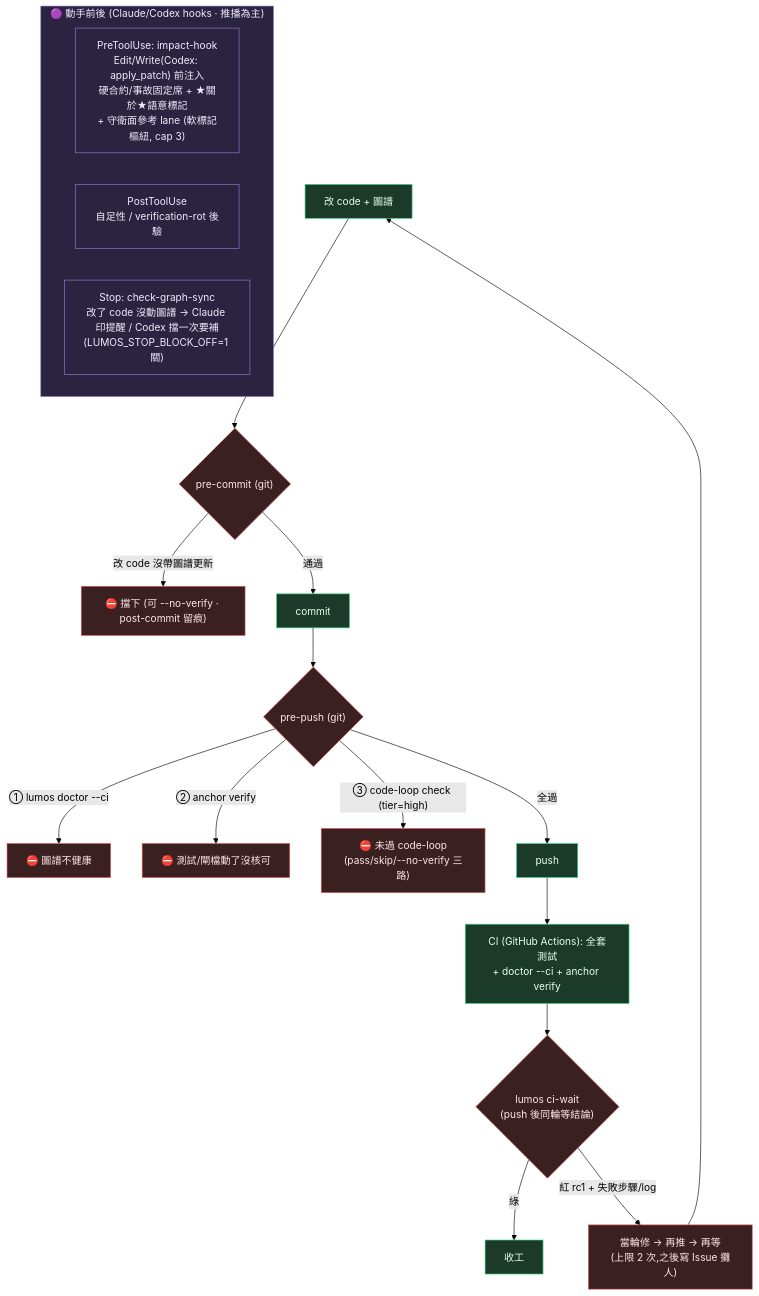
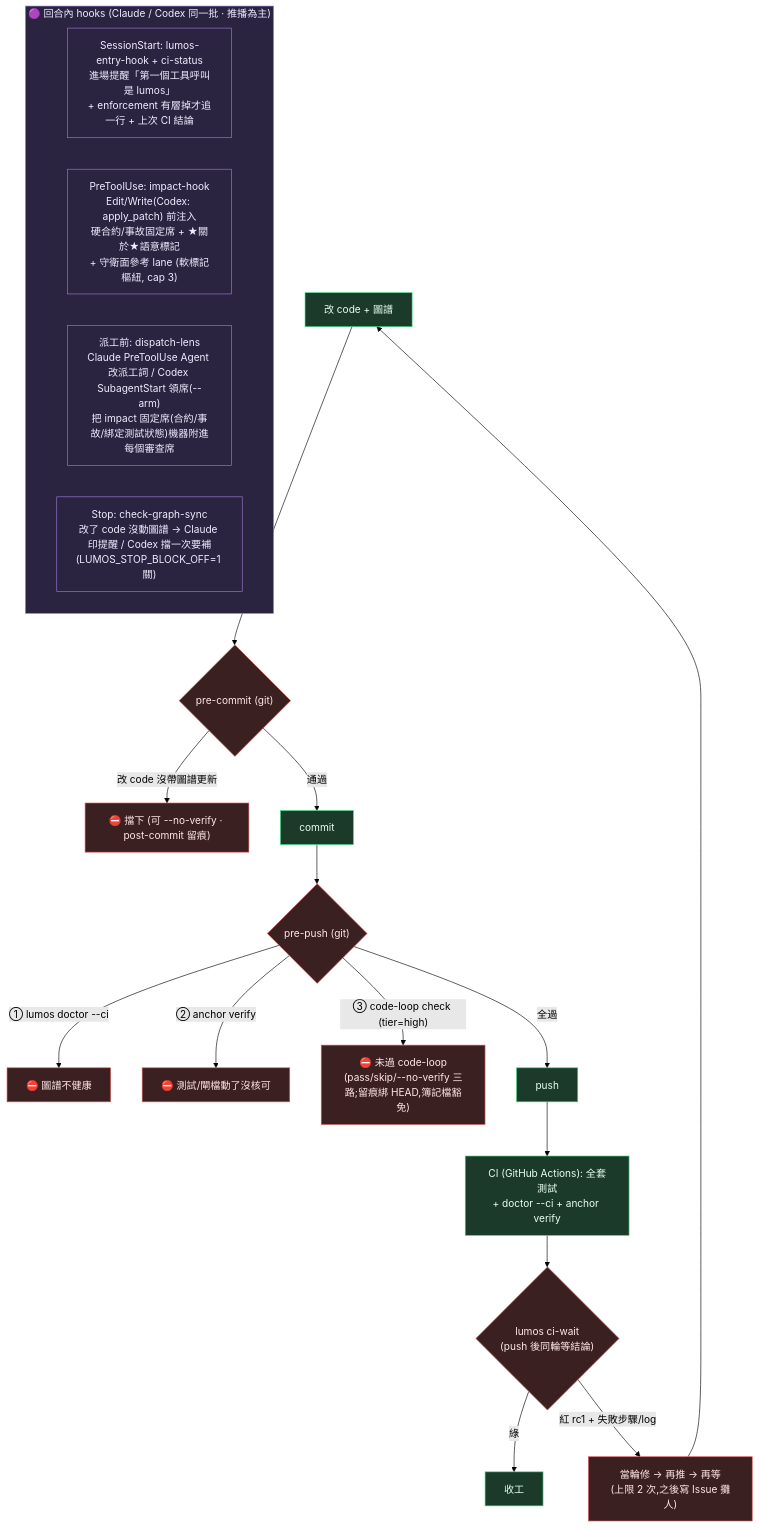
One commit to EnzoHsieh-Android/Lumos changed the fourth of 5 diagrams in ARCHITECTURE.md. Above: the diagram before and after it, drawn with Mermaid (forest theme). The commit also changed other lines of this file and 4 other files, not shown here.

First line of the commit message:
docs(架構圖): 四張圖跟上 08-26~09-05 的迴圈基建與兩家 harness——ARCHITECTURE 新 §5 良性循環圖(節點→鏡頭→席位→收貨→折入→處置帳→處置閘→凍結→寫回)、§1-4 補 governance/探針/AGENTS/lumos_reviewer/SessionStart/dispatch-lens、腐化偵測標撤除、命令家族補 11 個;全景圖 ③ 改現行做法(不再金絲雀/連兩輪)+22 道+Codex;開發工作流總覽 FLOW/KEY/圖/表;圖譜即合約 表補 8 列、L3 標撤除;對外論述補記

````diff
--- a/ARCHITECTURE.md
+++ b/ARCHITECTURE.md
@@ -139,31 +145,32 @@
 ```mermaid
 flowchart TB
-    subgraph BEFORE["🟣 動手前後 (Claude/Codex hooks · 推播為主)"]
+    subgraph BEFORE["🟣 回合內 hooks (Claude / Codex 同一批 · 推播為主)"]
+        ENTRY["SessionStart: lumos-entry-hook + ci-status<br/>進場提醒「第一個工具呼叫是 lumos」<br/>+ enforcement 有層掉才追一行 + 上次 CI 結論"]
         PRE["PreToolUse: impact-hook<br/>Edit/Write(Codex: apply_patch) 前注入<br/>硬合約/事故固定席 + ★關於★語意標記<br/>+ 守衛面參考 lane (軟標記樞紐, cap 3)"]
-        POSTT["PostToolUse<br/>自足性 / verification-rot 後驗"]
+        LENS["派工前: dispatch-lens<br/>Claude PreToolUse Agent 改派工詞 / Codex SubagentStart 領席(--arm)<br/>把 impact 固定席(合約/事故/綁定測試狀態)機器附進每個審查席"]
         STOPH["Stop: check-graph-sync<br/>改了 code 沒動圖譜 → Claude 印提醒 / Codex 擋一次要補<br/>(LUMOS_STOP_BLOCK_OFF=1 關)"]
     end
 
     EDIT["改 code + 圖譜"] --> PC{"pre-commit (git)"}
     PC -->|"改 code 沒帶圖譜更新"| BLOCK["⛔ 擋下 (可 --no-verify · post-commit 留痕)"]
     PC -->|通過| COMMIT["commit"]
 
     COMMIT --> PUSH{"pre-push (git)"}
     PUSH -->|"① lumos doctor --ci"| PB1["⛔ 圖譜不健康"]
     PUSH -->|"② anchor verify"| PB2["⛔ 測試/閘檔動了沒核可"]
-    PUSH -->|"③ code-loop check (tier=high)"| PB3["⛔ 未過 code-loop<br/>(pass/skip/--no-verify 三路)"]
+    PUSH -->|"③ code-loop check (tier=high)"| PB3["⛔ 未過 code-loop<br/>(pass/skip/--no-verify 三路;留痕綁 HEAD,簿記檔豁免)"]
     PUSH -->|全過| PASS["push"]
     PASS --> CI["CI (GitHub Actions): 全套測試<br/>+ doctor --ci + anchor verify"]
     CI --> WAIT{"lumos ci-wait<br/>(push 後同輪等結論)"}
     WAIT -->|綠| DONE["收工"]
     WAIT -->|"紅 rc1 + 失敗步驟/log"| FIX["當輪修 → 再推 → 再等<br/>(上限 2 次,之後寫 Issue 攤人)"]
     FIX --> EDIT
 
     classDef gate fill:#3a2020,stroke:#dc5b5b,color:#ffe8e8
     classDef ok fill:#1b3a2a,stroke:#3ddc84,color:#e8fff0
     classDef push fill:#2a2440,stroke:#9a7bd6,color:#f0ecff
     class PC,PUSH,BLOCK,PB1,PB2,PB3 gate
     class COMMIT,PASS,CI,EDIT,DONE ok
     class WAIT,FIX gate
-    class BEFORE,PRE,POSTT,STOPH push
+    class BEFORE,ENTRY,PRE,LENS,STOPH push
 ```
````
